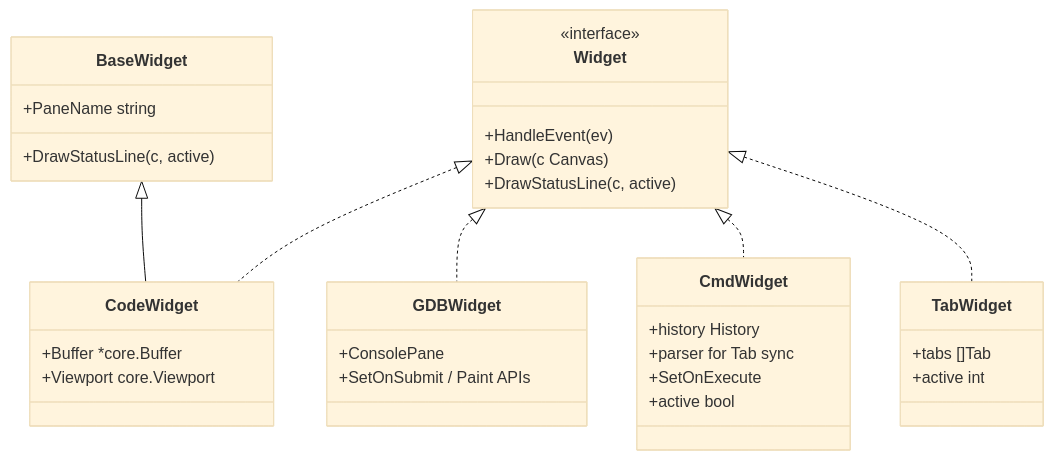
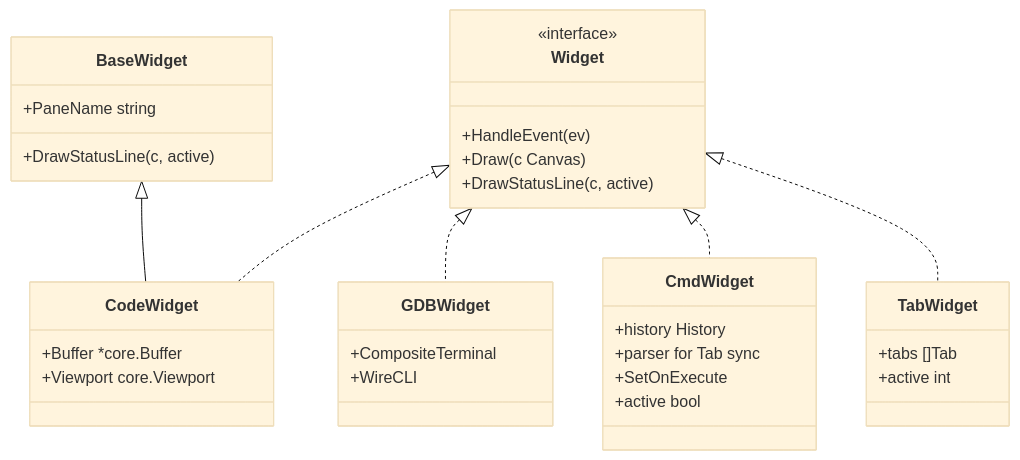
One commit to yairgd/gdbforge changed the first of 7 diagrams in docs/UI_ARCHITECTURE.md. Above: the diagram before and after it, drawn with Mermaid (base theme). The commit also changed other lines of this file and 243 other files, not shown here.

````diff
--- a/docs/UI_ARCHITECTURE.md
+++ b/docs/UI_ARCHITECTURE.md
@@ -63,44 +63,44 @@
 ```mermaid
 classDiagram
     direction TB
 
     class Widget {
         <<interface>>
         +HandleEvent(ev)
         +Draw(c Canvas)
         +DrawStatusLine(c, active)
     }
 
     class BaseWidget {
         +PaneName string
         +DrawStatusLine(c, active)
     }
 
     class CodeWidget {
         +Buffer *core.Buffer
         +Viewport core.Viewport
     }
 
     class GDBWidget {
-        +ConsolePane
-        +SetOnSubmit / Paint APIs
+        +CompositeTerminal
+        +WireCLI
     }
 
     class CmdWidget {
         +history History
         +parser for Tab sync
         +SetOnExecute
         +active bool
     }
 
     class TabWidget {
         +tabs []Tab
         +active int
     }
 
     Widget <|.. CodeWidget
     Widget <|.. GDBWidget
     Widget <|.. CmdWidget
     Widget <|.. TabWidget
     BaseWidget <|-- CodeWidget
 ```
````
